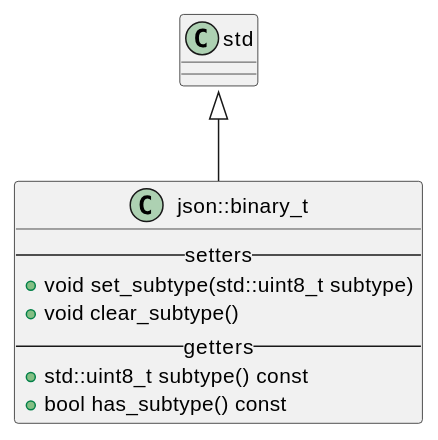
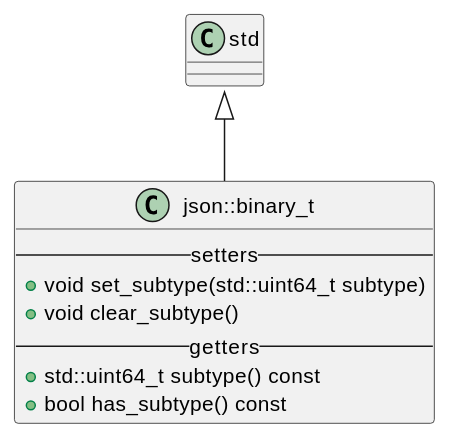
One commit to turol/smaaDemo changed the diagram in foreign/nlohmann_json/doc/mkdocs/docs/features/binary_values.md. Above: the diagram before and after it, drawn with PlantUML. The commit also changed other lines of this file and 367 other files, not shown here.

````diff
--- a/foreign/nlohmann_json/doc/mkdocs/docs/features/binary_values.md
+++ b/foreign/nlohmann_json/doc/mkdocs/docs/features/binary_values.md
@@ -9,12 +9,12 @@
 ```plantuml
 class json::binary_t {
     -- setters --
-    +void set_subtype(std::uint8_t subtype)
+    +void set_subtype(std::uint64_t subtype)
     +void clear_subtype()
     -- getters --
-    +std::uint8_t subtype() const
+    +std::uint64_t subtype() const
     +bool has_subtype() const
 }
 
 "std::vector<uint8_t>" <|-- json::binary_t
 ```
````
